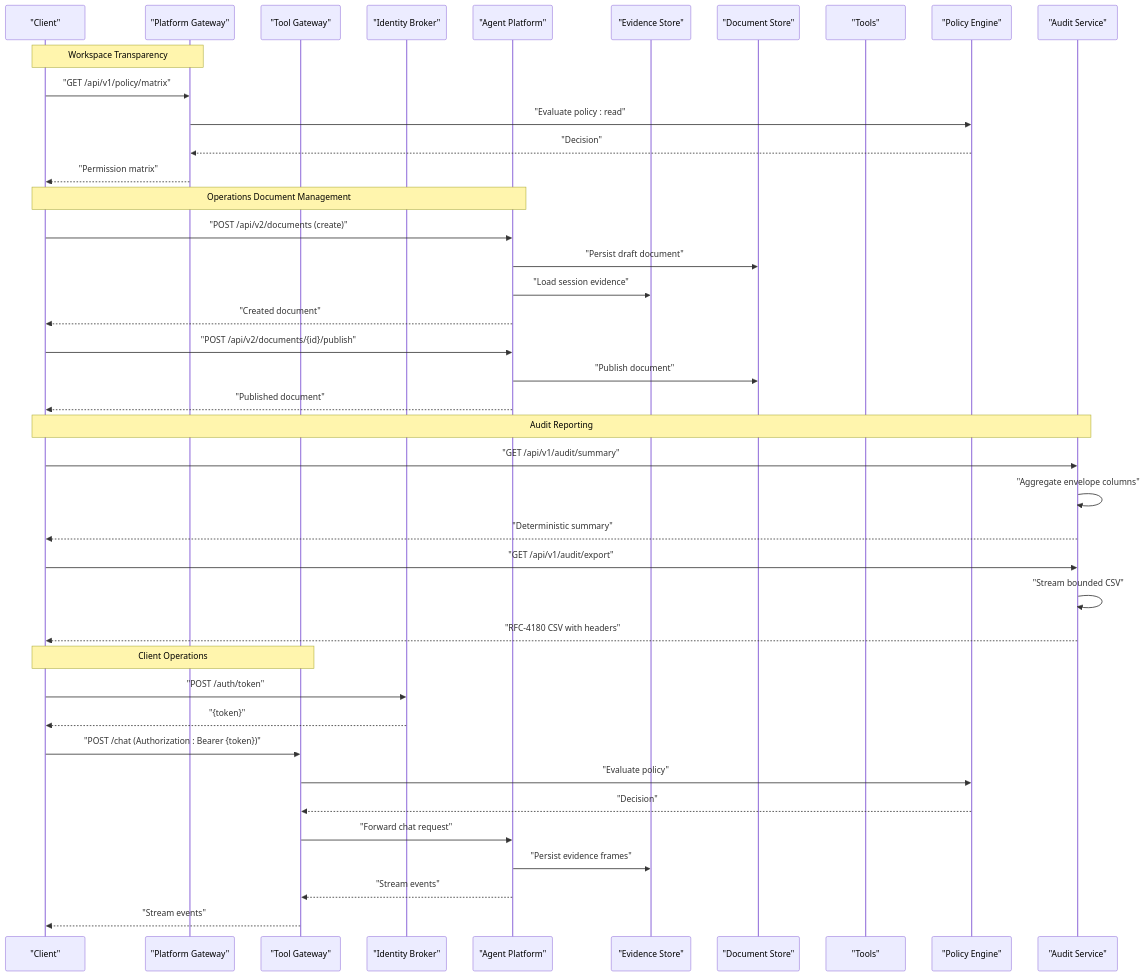
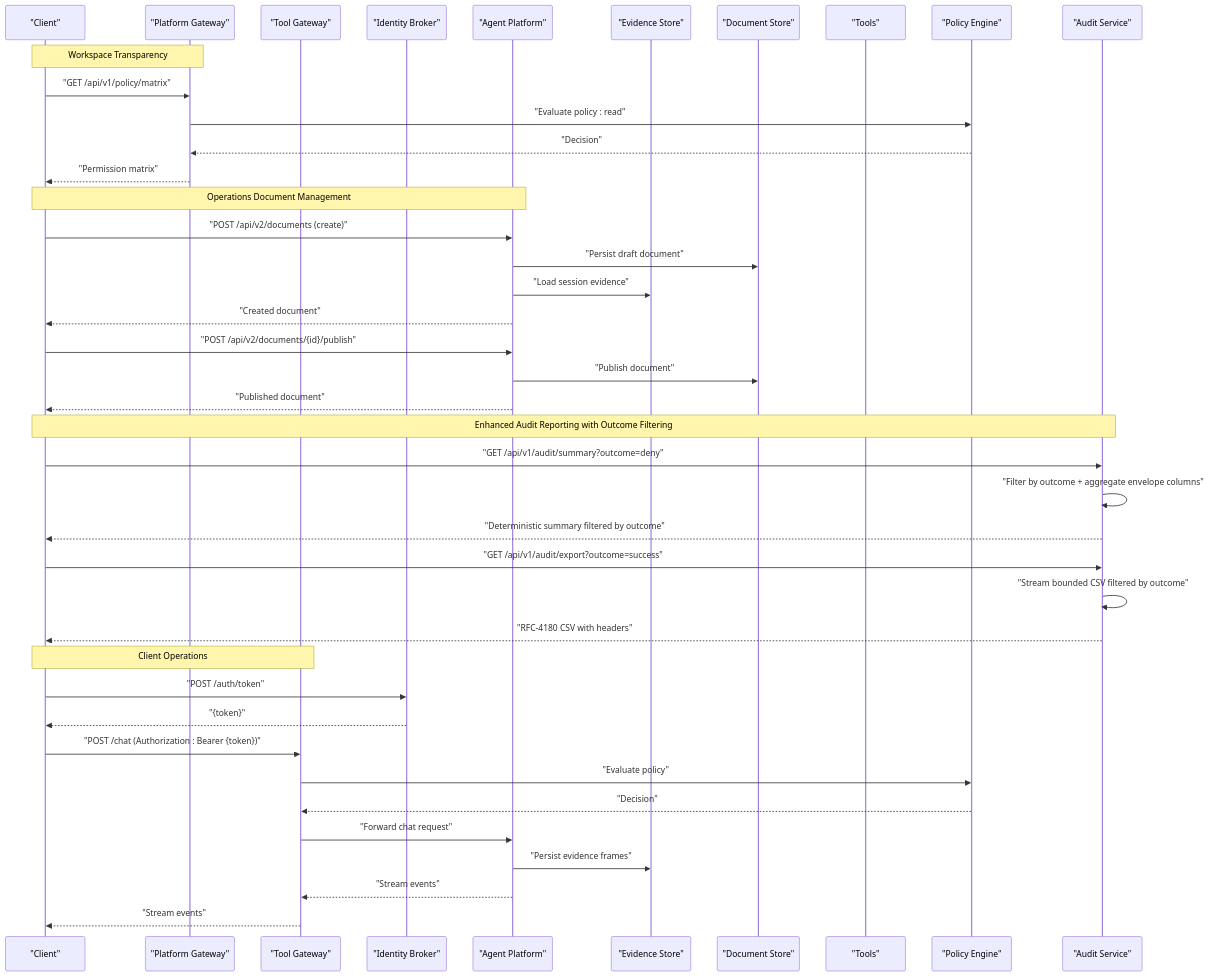
One commit to metasync/luban-aiops changed the second of 3 diagrams in .qoder/repowiki/en/content/API Reference/API Reference.md. Above: the diagram before and after it, drawn with Mermaid. The commit also changed other lines of this file and 4 other files, not shown here.

````diff
--- a/.qoder/repowiki/en/content/API Reference/API Reference.md
+++ b/.qoder/repowiki/en/content/API Reference/API Reference.md
@@ -190,43 +190,43 @@
 ```mermaid
 sequenceDiagram
 participant C as "Client"
 participant PG as "Platform Gateway"
 participant TG as "Tool Gateway"
 participant I as "Identity Broker"
 participant A as "Agent Platform"
 participant ES as "Evidence Store"
 participant DS as "Document Store"
 participant T as "Tools"
 participant P as "Policy Engine"
 participant AS as "Audit Service"
 Note over C,PG : Workspace Transparency
 C->>PG : "GET /api/v1/policy/matrix"
 PG->>P : "Evaluate policy : read"
 P-->>PG : "Decision"
 PG-->>C : "Permission matrix"
 Note over C,A : Operations Document Management
 C->>A : "POST /api/v2/documents (create)"
 A->>DS : "Persist draft document"
 A->>ES : "Load session evidence"
 A-->>C : "Created document"
 C->>A : "POST /api/v2/documents/{id}/publish"
 A->>DS : "Publish document"
 A-->>C : "Published document"
-Note over C,AS : Audit Reporting
-C->>AS : "GET /api/v1/audit/summary"
-AS->>AS : "Aggregate envelope columns"
-AS-->>C : "Deterministic summary"
-C->>AS : "GET /api/v1/audit/export"
-AS->>AS : "Stream bounded CSV"
+Note over C,AS : Enhanced Audit Reporting with Outcome Filtering
+C->>AS : "GET /api/v1/audit/summary?outcome=deny"
+AS->>AS : "Filter by outcome + aggregate envelope columns"
+AS-->>C : "Deterministic summary filtered by outcome"
+C->>AS : "GET /api/v1/audit/export?outcome=success"
+AS->>AS : "Stream bounded CSV filtered by outcome"
 AS-->>C : "RFC-4180 CSV with headers"
 Note over C,TG : Client Operations
 C->>I : "POST /auth/token"
 I-->>C : "{token}"
 C->>TG : "POST /chat (Authorization : Bearer {token})"
 TG->>P : "Evaluate policy"
 P-->>TG : "Decision"
 TG->>A : "Forward chat request"
 A->>ES : "Persist evidence frames"
 A-->>TG : "Stream events"
 TG-->>C : "Stream events"
 ```
````
